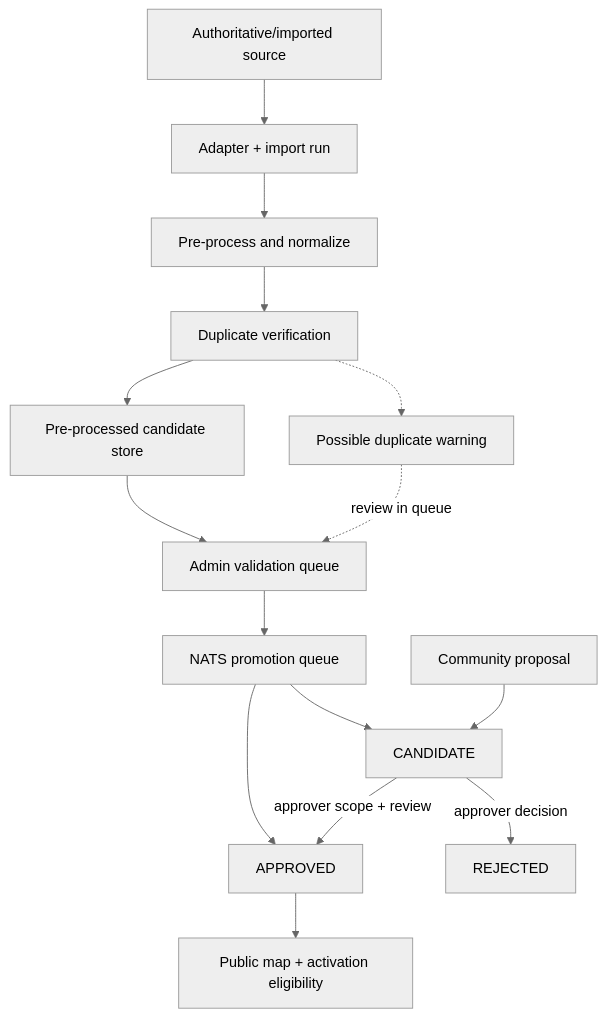
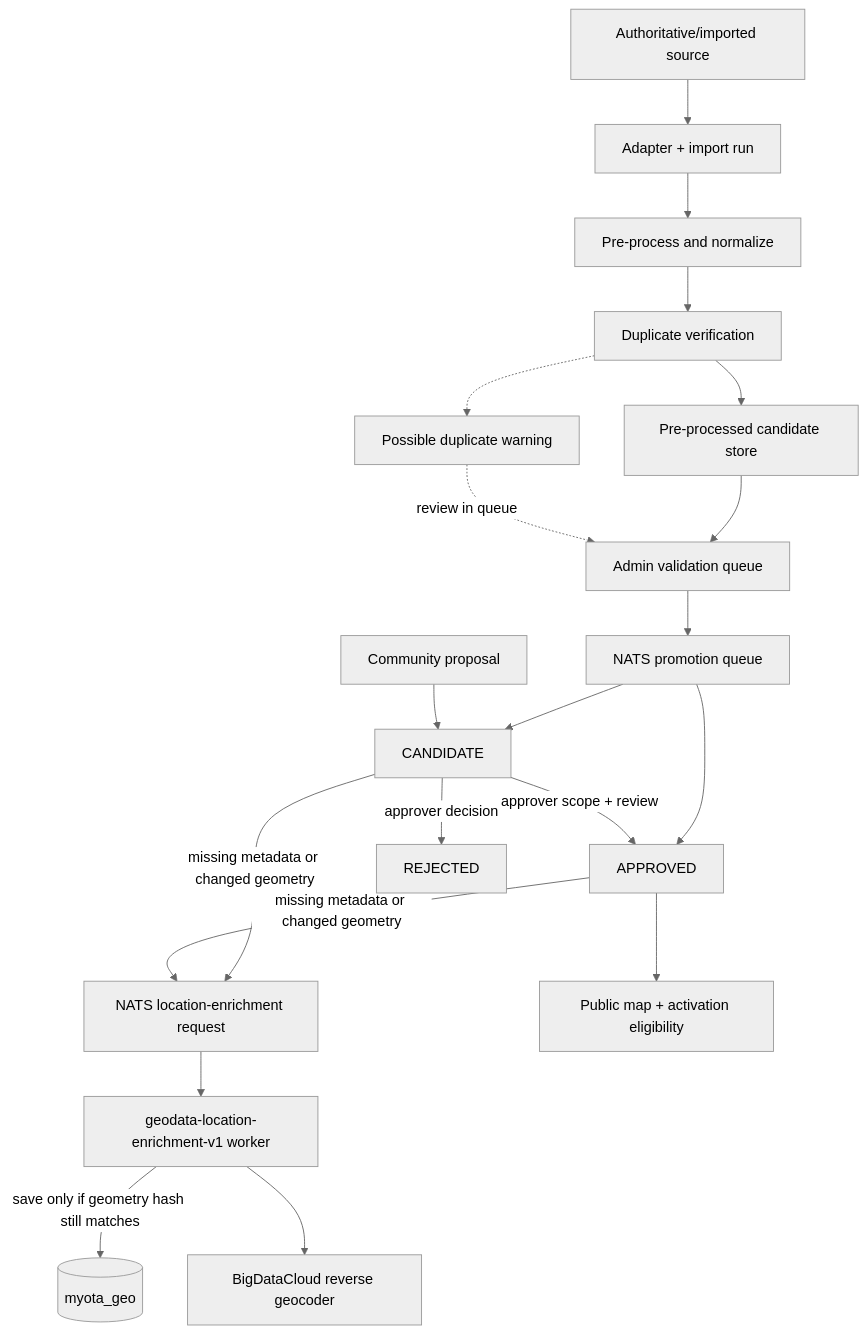
Before and after one commit to myota-platform/myota-docs: the second of 3 diagrams in docs/architecture.md, drawn with Mermaid (neutral theme). The commit also changed other lines of this file and 7 other files, not shown here.

First line of the commit message:
docs(geodata): document asynchronous location enrichment

````diff
--- a/docs/architecture.md
+++ b/docs/architecture.md
@@ -121,17 +121,22 @@
 ```mermaid
 flowchart TD
   S[Authoritative/imported source] --> R[Adapter + import run]
   R --> P[Pre-process and normalize]
   P --> D[Duplicate verification]
   D --> Store[Pre-processed candidate store]
   D -.-> W[Possible duplicate warning]
   Store --> V[Admin validation queue]
   W -. review in queue .-> V
   V --> Q[NATS promotion queue]
   Q --> C[CANDIDATE]
   Q --> A[APPROVED]
+  C -->|missing metadata or changed geometry| L[NATS location-enrichment request]
+  A -->|missing metadata or changed geometry| L
+  L --> LW[geodata-location-enrichment-v1 worker]
+  LW -->|save only if geometry hash still matches| GeoDB[(myota_geo)]
+  LW --> BDC[BigDataCloud reverse geocoder]
   Community[Community proposal] --> C
   C -->|approver scope + review| A
   C -->|approver decision| X[REJECTED]
   A --> M[Public map + activation eligibility]
 ```
````
